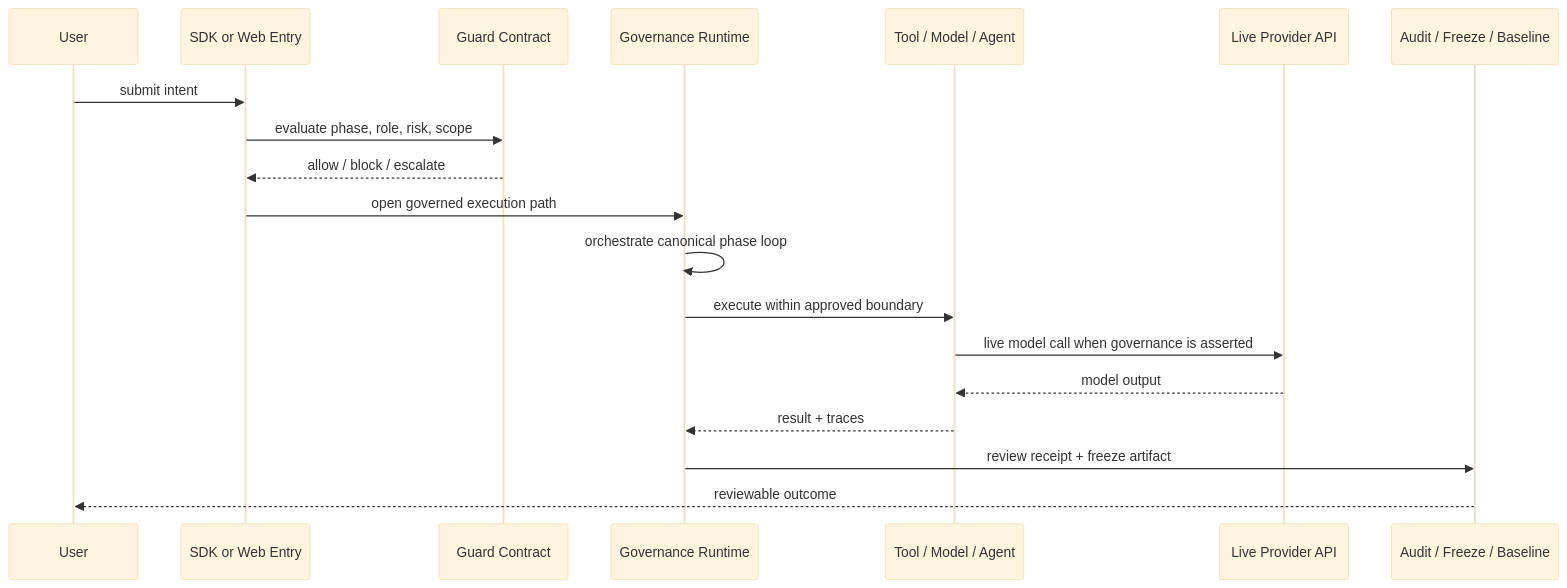
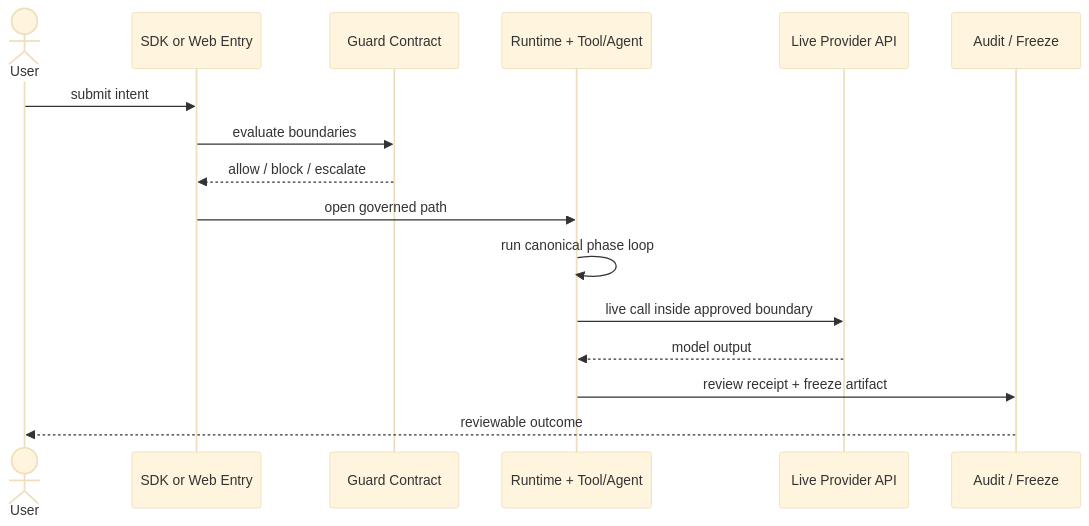
One commit to Blackbird081/Controlled-Vibe-Framework-CVF-Provenance changed the fourth of 4 diagrams in ARCHITECTURE.md. Above: the diagram before and after it, drawn with Mermaid (base theme). The commit also changed other lines of this file, not shown here.

Commit message:
docs: compact architecture flow diagrams

````diff
--- a/ARCHITECTURE.md
+++ b/ARCHITECTURE.md
@@ -150,22 +161,19 @@
 ```mermaid
 sequenceDiagram
-    participant User
+    actor User
     participant Entry as SDK or Web Entry
     participant Guard as Guard Contract
-    participant Runtime as Governance Runtime
-    participant Tool as Tool / Model / Agent
+    participant Runtime as Runtime + Tool/Agent
     participant Provider as Live Provider API
-    participant Evidence as Audit / Freeze / Baseline
+    participant Evidence as Audit / Freeze
 
     User->>Entry: submit intent
-    Entry->>Guard: evaluate phase, role, risk, scope
+    Entry->>Guard: evaluate boundaries
     Guard-->>Entry: allow / block / escalate
-    Entry->>Runtime: open governed execution path
-    Runtime->>Runtime: orchestrate canonical phase loop
-    Runtime->>Tool: execute within approved boundary
-    Tool->>Provider: live model call when governance is asserted
-    Provider-->>Tool: model output
-    Tool-->>Runtime: result + traces
+    Entry->>Runtime: open governed path
+    Runtime->>Runtime: run canonical phase loop
+    Runtime->>Provider: live call inside approved boundary
+    Provider-->>Runtime: model output
     Runtime->>Evidence: review receipt + freeze artifact
     Evidence-->>User: reviewable outcome
 ```
````
